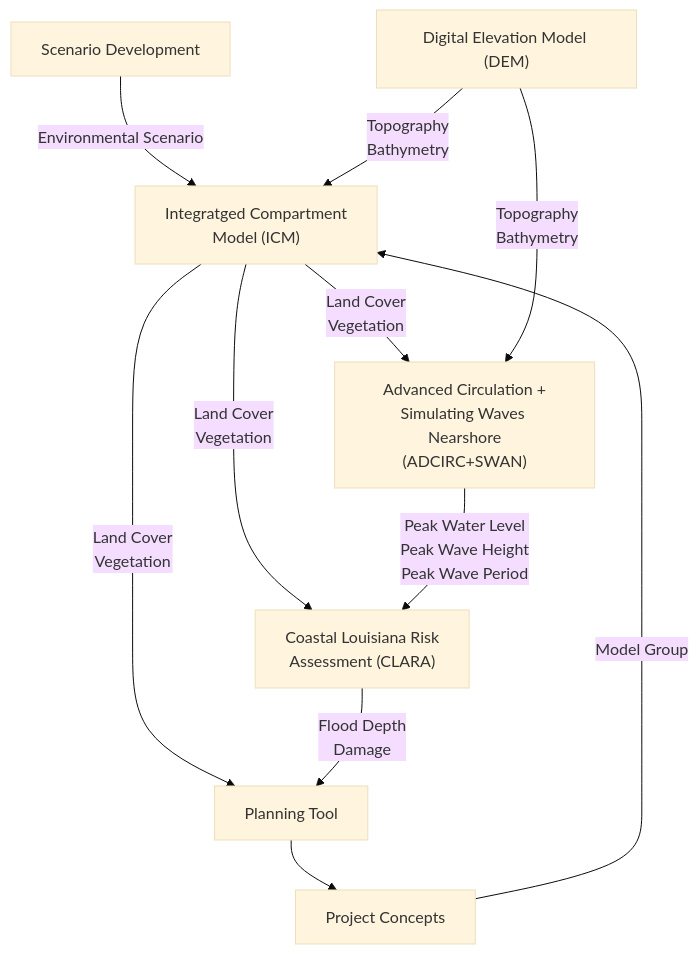
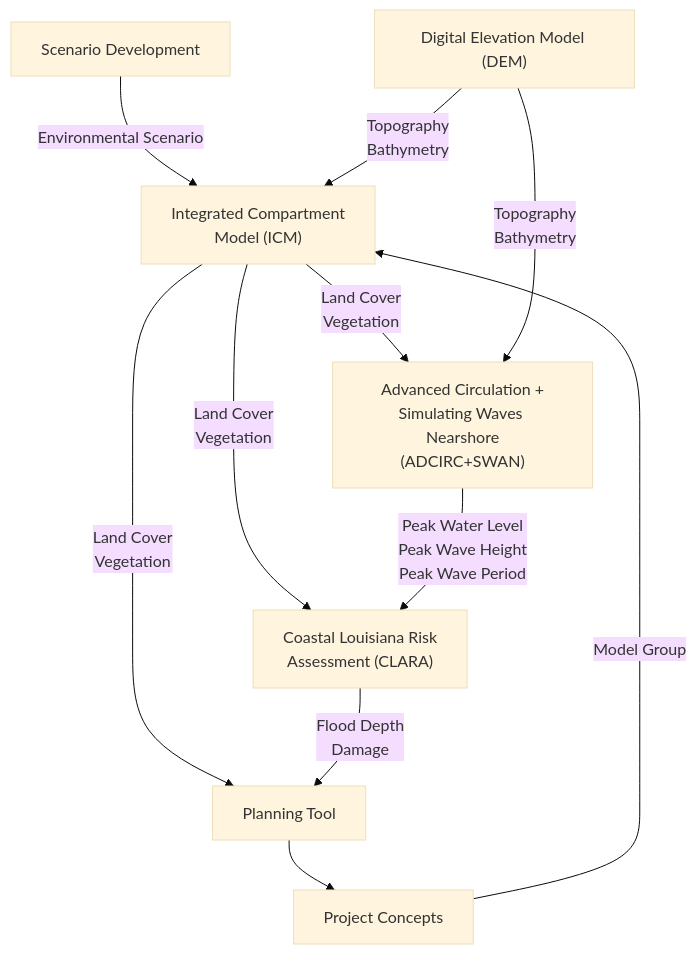
One commit to pscedu/cpra-documentation changed the first of 2 diagrams in README.md. Above: the diagram before and after it, drawn with Mermaid (base theme).

Commit message:
fix(overview): fix typo in ICM label

````diff
--- a/README.md
+++ b/README.md
@@ -5,14 +5,14 @@
 ```mermaid
 flowchart TD
-    Scenarios[Scenario Development] -->|Environmental Scenario| ICM["Integratged Compartment \nModel (ICM)"]
+    Scenarios[Scenario Development] -->|Environmental Scenario| ICM["Integrated Compartment \nModel (ICM)"]
     Projects[Project Concepts] -->|Model Group| ICM
     PT[Planning Tool] --> Projects
     DEM["Digital Elevation Model (DEM)"] -->|Topography\nBathymetry| ICM
     ICM -->|Land Cover\nVegetation| ADCIRC_SWAN["Advanced Circulation +\nSimulating Waves Nearshore\n(ADCIRC+SWAN)"]
     DEM -->|Topography\nBathymetry| ADCIRC_SWAN
     ICM -->|Land Cover\nVegetation| CLARA["Coastal Louisiana Risk\nAssessment (CLARA)"]
     ADCIRC_SWAN -->|Peak Water Level\nPeak Wave Height\nPeak Wave Period| CLARA
     ICM -->|Land Cover\nVegetation| PT
     CLARA -->|Flood Depth\nDamage| PT
     click Scenarios "#scenario-development"
 ```
````
